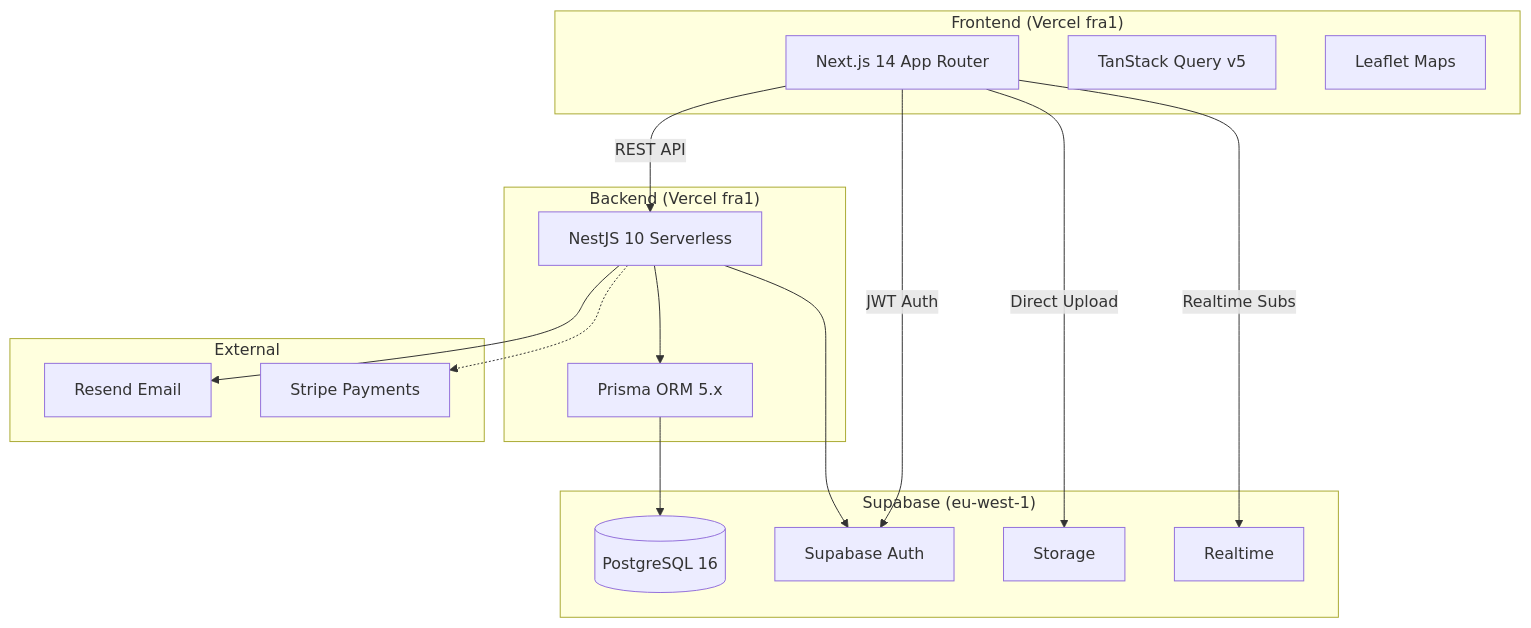
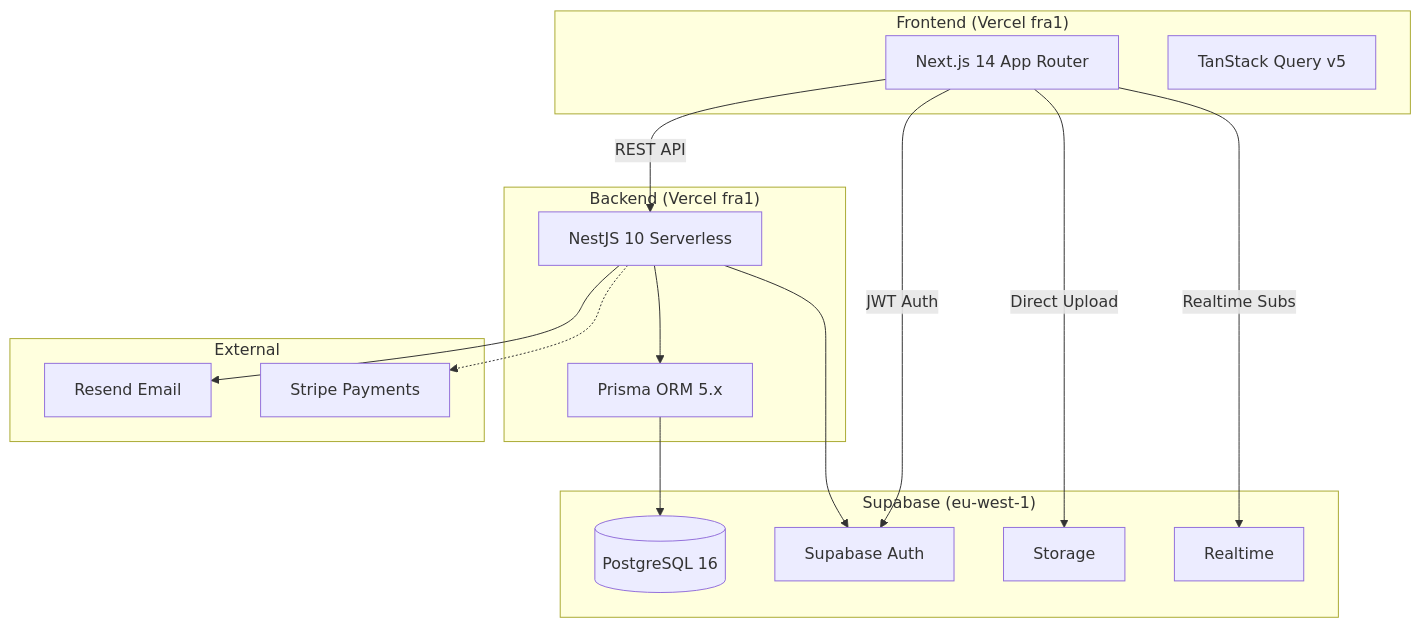
The diagram in docs/architecture/overview.md (GoTogether-es/GoTogether), drawn with Mermaid before and after one commit. The commit also changed 73 other files, not shown here.

````diff
--- a/docs/architecture/overview.md
+++ b/docs/architecture/overview.md
@@ -13,35 +13,34 @@
 ```mermaid
 graph TB
     subgraph "Frontend (Vercel fra1)"
         NEXT[Next.js 14 App Router]
         RQ[TanStack Query v5]
-        LEAF[Leaflet Maps]
     end
 
     subgraph "Backend (Vercel fra1)"
         NEST[NestJS 10 Serverless]
         PRISMA[Prisma ORM 5.x]
     end
 
     subgraph "Supabase (eu-west-1)"
         PG[(PostgreSQL 16)]
         AUTH[Supabase Auth]
         STORAGE[Storage]
         RT[Realtime]
     end
 
     subgraph "External"
         RESEND[Resend Email]
         STRIPE[Stripe Payments]
     end
 
     NEXT -->|REST API| NEST
     NEXT -->|JWT Auth| AUTH
     NEXT -->|Direct Upload| STORAGE
     NEXT -->|Realtime Subs| RT
     NEST --> PRISMA
     PRISMA --> PG
     NEST --> AUTH
     NEST --> RESEND
     NEST -.-> STRIPE
 ```
````
